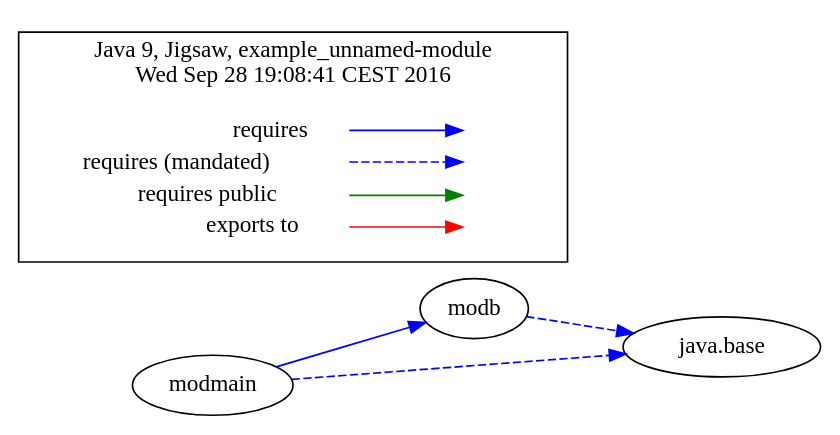
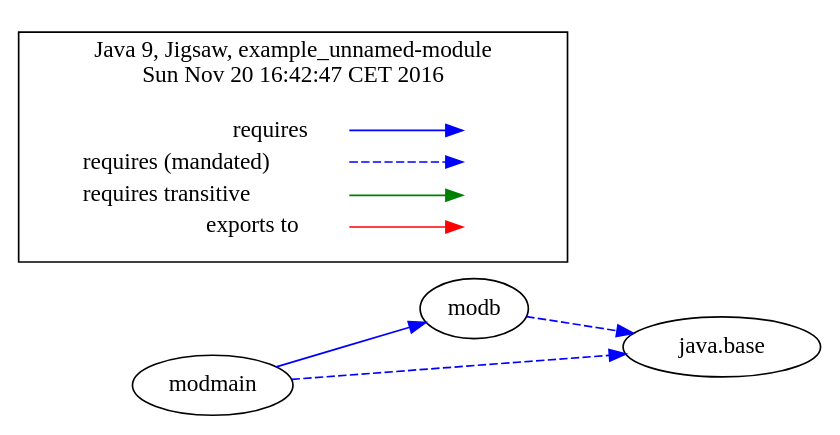
One commit to accso/java9-jigsaw-examples changed the diagram in jigsaw-examples/example_unnamed-module/moduledependencies-withlegend.dot. Above: the diagram before and after it, drawn with Graphviz. The commit also changed 84 other files, not shown here.

```diff
--- a/jigsaw-examples/example_unnamed-module/moduledependencies-withlegend.dot
+++ b/jigsaw-examples/example_unnamed-module/moduledependencies-withlegend.dot
@@ -1,32 +1,32 @@
-# Created by depvis.JigsawDepVisualizer on Wed Sep 28 19:08:41 CEST 2016
+# Created by depvis.JigsawDepVisualizer on Sun Nov 20 16:42:47 CET 2016
 digraph Java9_Dependency_Visualizer {
+modmain[fontname="Consolas",shape="ellipse",label="modmain"];
 modb[fontname="Consolas",shape="ellipse",label="modb"];
 java_base[fontname="Consolas",shape="ellipse",label="java.base"];
-modmain[fontname="Consolas",shape="ellipse",label="modmain"];
-modb -> java_base[color="#0000ff",fontname="Consolas",fontcolor="#0000ff",style="dashed",weight="16"]
 modmain -> modb[color="#0000ff",fontname="Consolas",fontcolor="#0000ff",weight="8"]
 modmain -> java_base[color="#0000ff",fontname="Consolas",fontcolor="#0000ff",style="dashed",weight="16"]
+modb -> java_base[color="#0000ff",fontname="Consolas",fontcolor="#0000ff",style="dashed",weight="16"]
 rankdir=LR
 node [shape=plaintext]
 subgraph cluster_01 { 
   label = "Java 9, Jigsaw, example_unnamed-module
-Wed Sep 28 19:08:41 CEST 2016"
+Sun Nov 20 16:42:47 CET 2016"
   fontname="Consolas"
   key [label=<<table border="0" cellpadding="2" cellspacing="0" cellborder="0">
     <tr><td align="right" port="i1">requires</td></tr>
     <tr><td align="right" port="i2">requires (mandated)</td></tr>
-    <tr><td align="right" port="i3">requires public</td></tr>
+    <tr><td align="right" port="i3">requires transitive</td></tr>
     <tr><td align="right" port="i4">exports to</td></tr>
     </table>>,fontname="Consolas"]
   key2 [label=<<table border="0" cellpadding="2" cellspacing="0" cellborder="0">
     <tr><td port="i1">&nbsp;</td></tr>
     <tr><td port="i2">&nbsp;</td></tr>
     <tr><td port="i3">&nbsp;</td></tr>
     <tr><td port="i4">&nbsp;</td></tr>
     </table>>,fontname="Consolas"]
   key:i1:e -> key2:i1:w [color=BLUE]
   key:i2:e -> key2:i2:w [color=BLUE, style=dashed]
   key:i3:e -> key2:i3:w [color=GREEN]
   key:i4:e -> key2:i4:w [color=RED]
 }
 }
```
